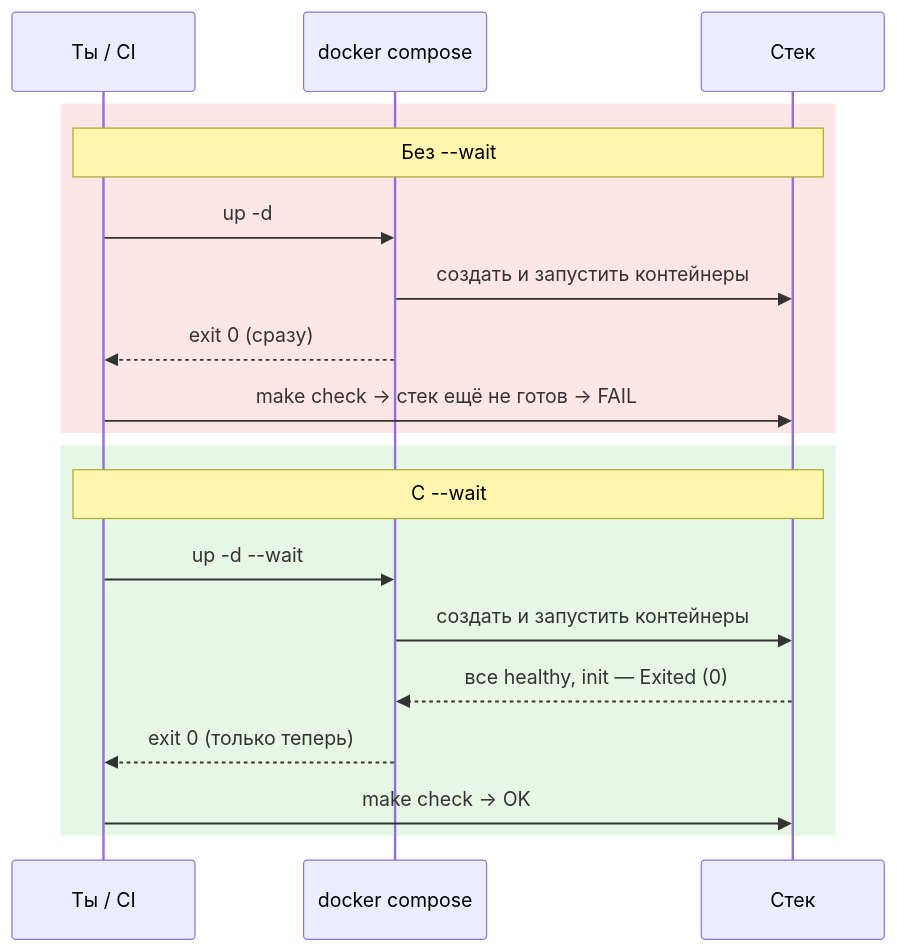
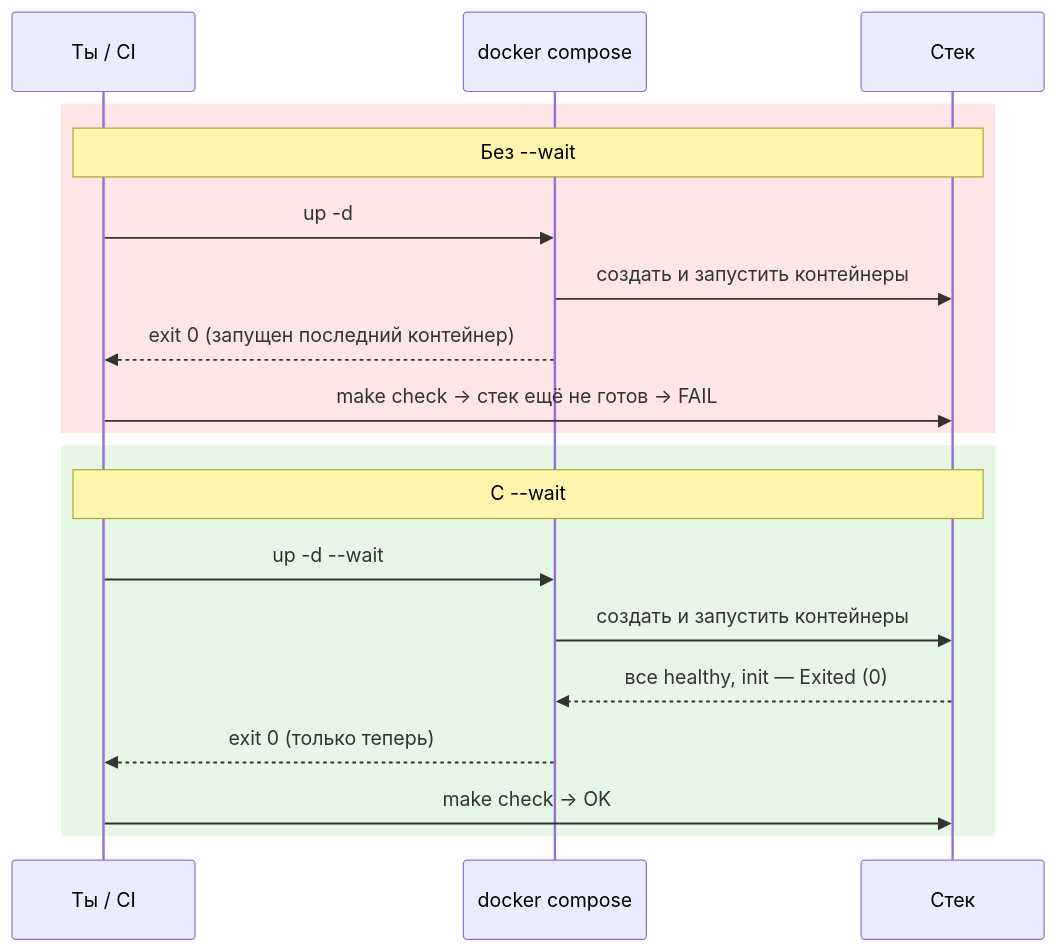
One commit to DmitVS/de-bigdata-learn changed the eighth of 10 diagrams in modules/00_just_enough/theory/02_startup_order.md. Above: the diagram before and after it, drawn with Mermaid. The commit also changed other lines of this file and 19 other files, not shown here.

````diff
--- a/modules/00_just_enough/theory/02_startup_order.md
+++ b/modules/00_just_enough/theory/02_startup_order.md
@@ -383,21 +389,21 @@
 ```mermaid
 sequenceDiagram
     participant U as Ты / CI
     participant C as docker compose
     participant S as Стек
     rect rgba(255, 90, 90, 0.15)
     Note over U,S: Без --wait
     U->>C: up -d
     C->>S: создать и запустить контейнеры
-    C-->>U: exit 0 (сразу)
+    C-->>U: exit 0 (запущен последний контейнер)
     U->>S: make check → стек ещё не готов → FAIL
     end
     rect rgba(90, 200, 90, 0.15)
     Note over U,S: С --wait
     U->>C: up -d --wait
     C->>S: создать и запустить контейнеры
     S-->>C: все healthy, init — Exited (0)
     C-->>U: exit 0 (только теперь)
     U->>S: make check → OK
     end
 ```
````
